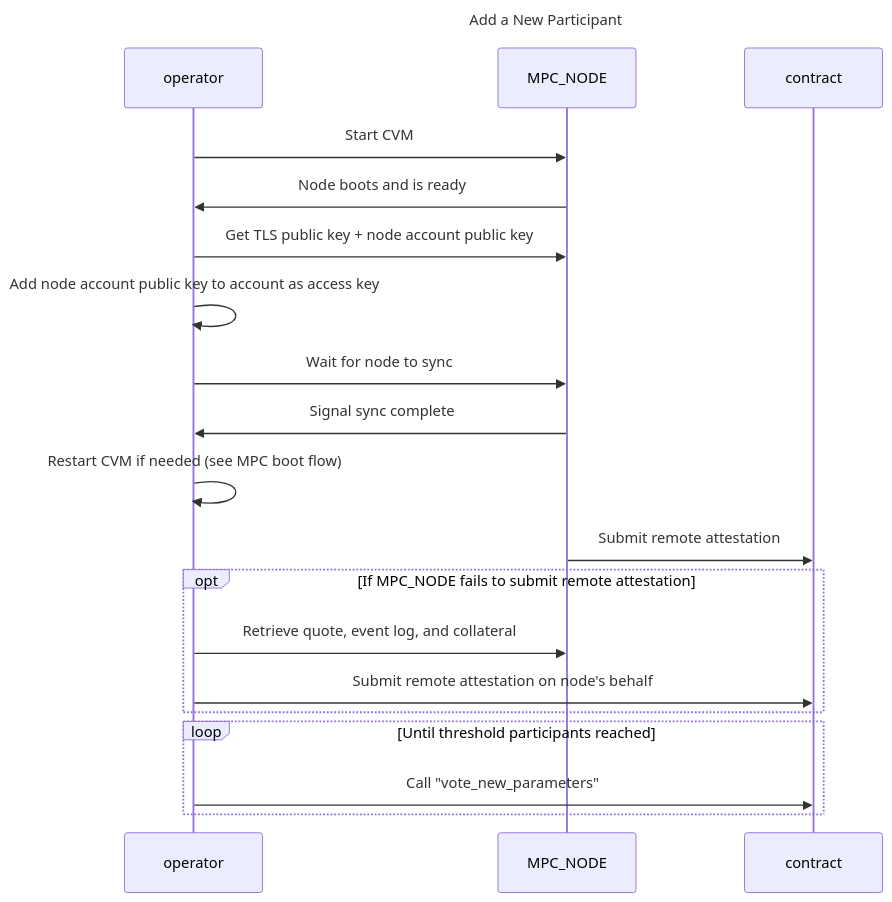
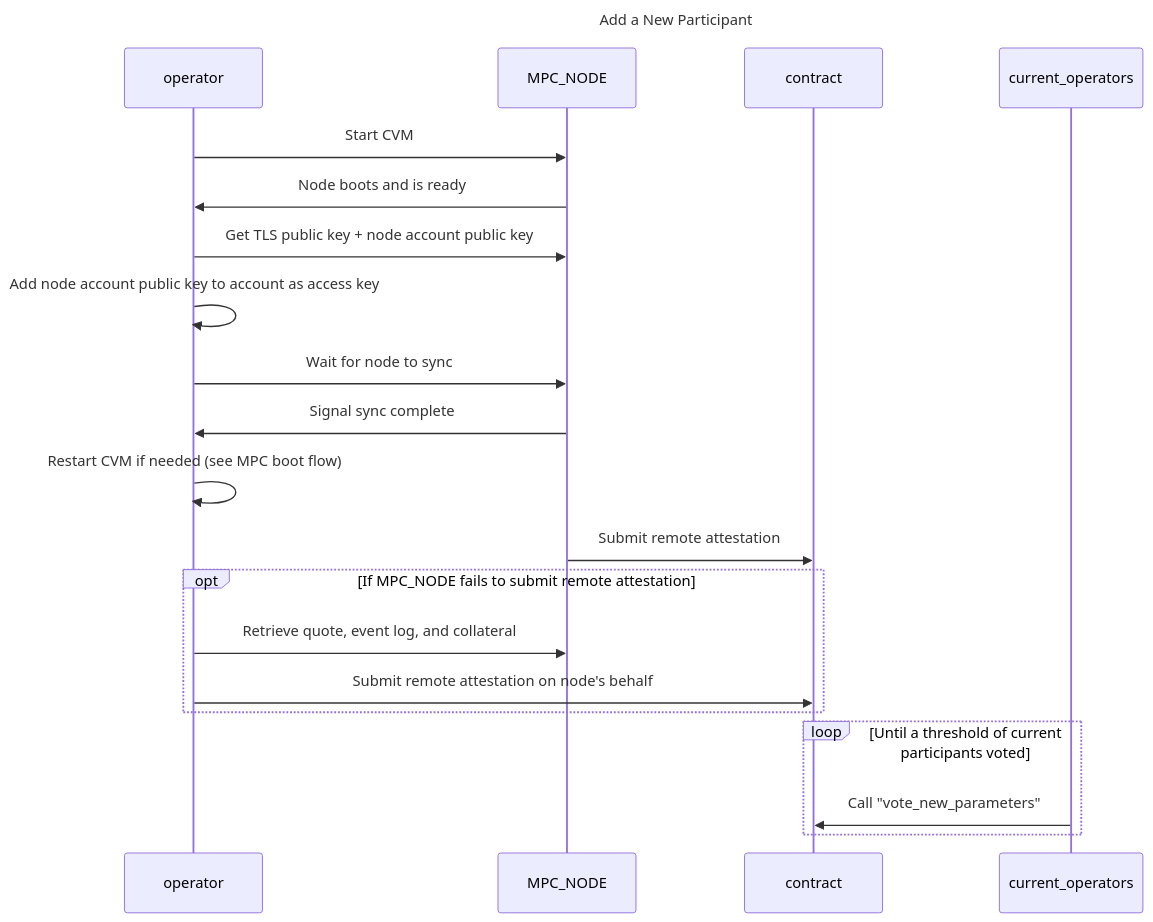
Before and after one commit to near/mpc: the third of 4 diagrams in docs/design/securing-mpc-with-tee/securing-mpc-with-tee.md, drawn with Mermaid. The commit also changed other lines of this file and 15 other files, not shown here.

Commit message:
feat(contract): require only threshold votes for proposing new participant sets

````diff
--- a/docs/design/securing-mpc-with-tee/securing-mpc-with-tee.md
+++ b/docs/design/securing-mpc-with-tee/securing-mpc-with-tee.md
@@ -289,29 +289,30 @@
 ```mermaid
 sequenceDiagram
     title Add a New Participant
 
     participant operator
     participant MPC_NODE
     participant contract
+    participant current_operators
 
     operator ->> MPC_NODE: Start CVM
     MPC_NODE ->> operator: Node boots and is ready
 
     operator ->> MPC_NODE: Get TLS public key + node account public key
     operator ->> operator: Add node account public key to account as access key
     operator ->> MPC_NODE: Wait for node to sync
     MPC_NODE ->> operator: Signal sync complete
     operator ->> operator: Restart CVM if needed (see MPC boot flow)
 
     MPC_NODE ->> contract: Submit remote attestation
 
     opt If MPC_NODE fails to submit remote attestation
         operator ->> MPC_NODE: Retrieve quote, event log, and collateral
         operator ->> contract: Submit remote attestation on node's behalf
     end
 
-    loop Until threshold participants reached
-        operator ->> contract: Call "vote_new_parameters"
+    loop Until a threshold of current participants voted
+        current_operators ->> contract: Call "vote_new_parameters"
     end
 
 ```
````
